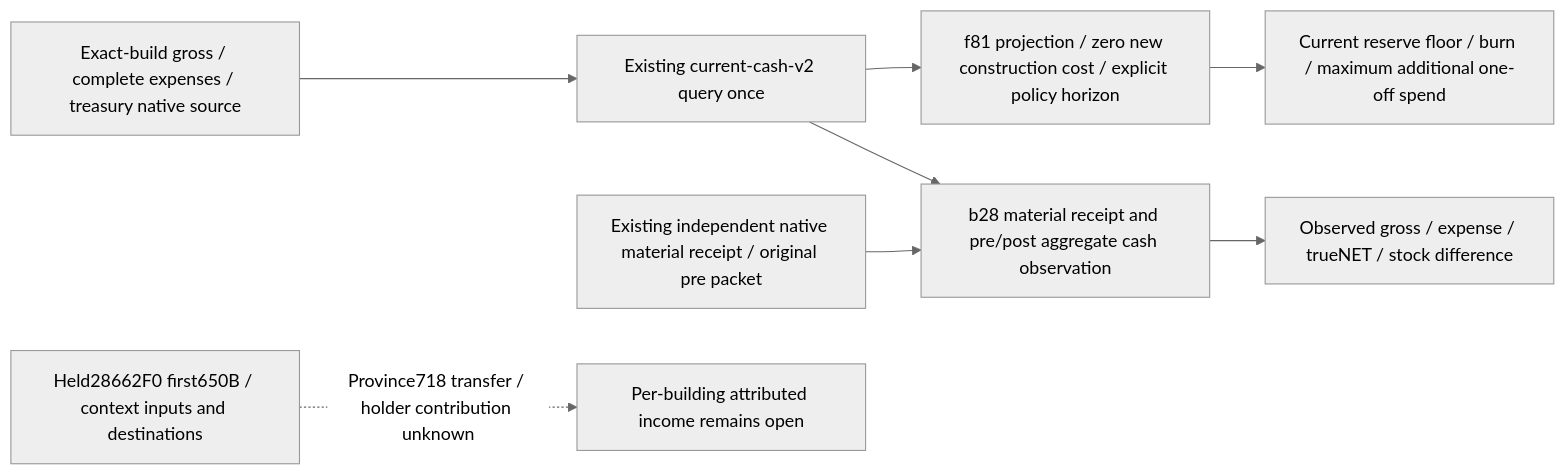
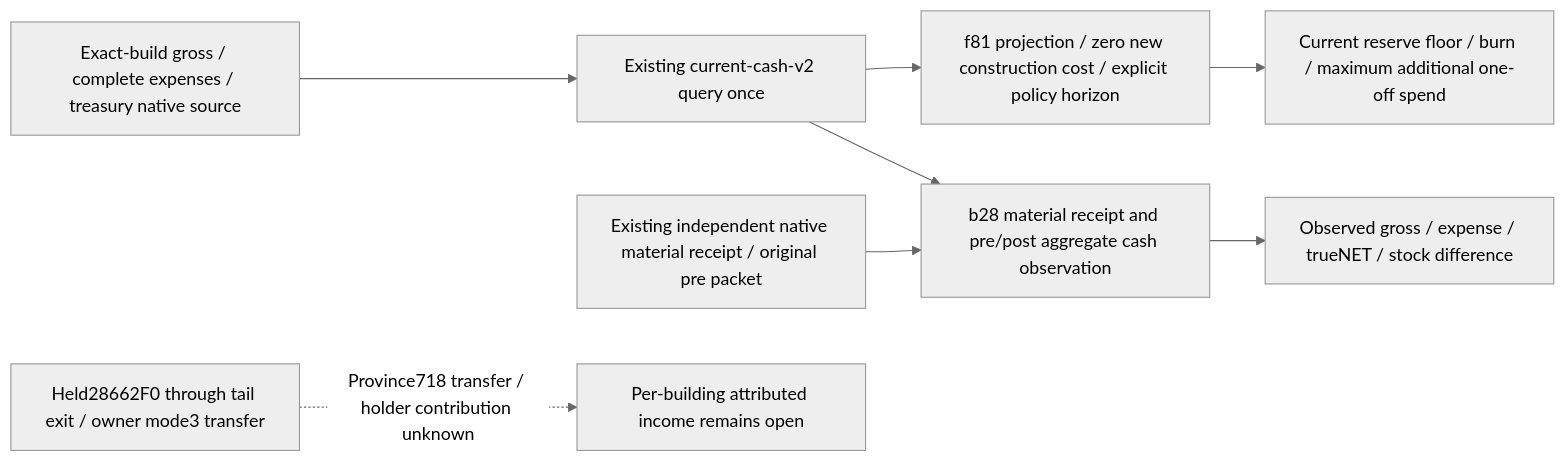
The fourth of 4 diagrams in docs/ck3-native-ai/construction-economic-consumers-12004.md (XenoAmess/ck3_eternal_recurrence), drawn with Mermaid (neutral theme) before and after one commit. The commit also changed other lines of this file, not shown here.

Commit message:
Close mode3 owner transfer and document cash query registration

````diff
--- a/docs/ck3-native-ai/construction-economic-consumers-12004.md
+++ b/docs/ck3-native-ai/construction-economic-consumers-12004.md
@@ -494,10 +522,10 @@
 ```mermaid
 flowchart LR
   I[Exact-build gross / complete expenses / treasury native source] --> Q[Existing current-cash-v2 query once]
   Q --> B[f81 projection / zero new construction cost / explicit policy horizon]
   Q --> O[b28 material receipt and pre/post aggregate cash observation]
   R[Existing independent native material receipt / original pre packet] --> O
   B --> F[Current reserve floor / burn / maximum additional one-off spend]
   O --> D[Observed gross / expense / trueNET / stock difference]
-  M[Held28662F0 first650B / context inputs and destinations] -. Province718 transfer / holder contribution unknown .-> A[Per-building attributed income remains open]
+  M[Held28662F0 through tail exit / owner mode3 transfer] -. Province718 transfer / holder contribution unknown .-> A[Per-building attributed income remains open]
 ```
````
